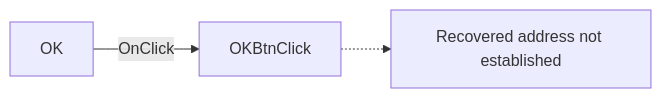
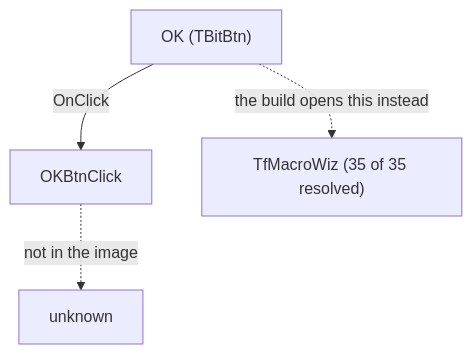
One commit to MovGP0/TIARA changed the diagram in docs/ui-controls/newmacrocompform/okbtn-9f85b27f68.md. Above: the diagram before and after it, drawn with Mermaid. The commit also changed other lines of this file and 106 other files, not shown here.

````diff
--- a/docs/ui-controls/newmacrocompform/okbtn-9f85b27f68.md
+++ b/docs/ui-controls/newmacrocompform/okbtn-9f85b27f68.md
@@ -27,5 +31,6 @@
 ```mermaid
-flowchart LR
-    control["OK"] -->|OnClick| handler["OKBtnClick"]
-    handler -.-> unresolved["Recovered address not established"]
+flowchart TD
+    control["OK (TBitBtn)"] -->|"OnClick"| handler["OKBtnClick"]
+    handler -.->|"not in the image"| gone["unknown"]
+    control -.->|"the build opens this instead"| modern["TfMacroWiz (35 of 35 resolved)"]
 ```
````
